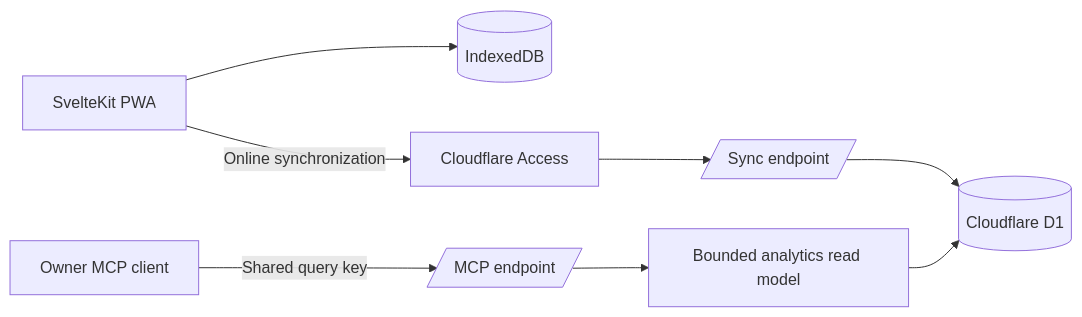
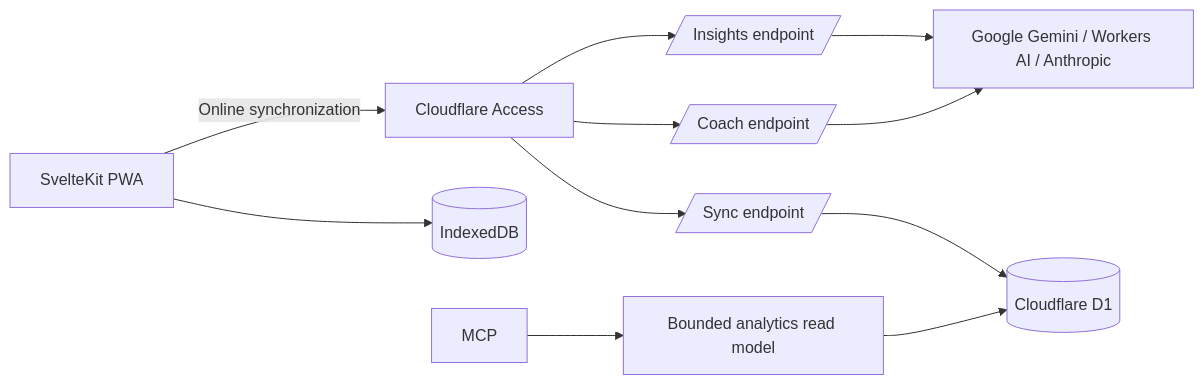
The diagram in README.md (devwaseem/lifeos), drawn with Mermaid before and after one commit. The commit also changed other lines of this file and 37 other files, not shown here.

````diff
--- a/README.md
+++ b/README.md
@@ -22,10 +24,13 @@
 ```mermaid
 flowchart LR
     UI[SvelteKit PWA] --> IDB[(IndexedDB)]
     UI -->|Online synchronization| Access[Cloudflare Access]
     Access --> Sync[/Sync endpoint/]
-    Client[Owner MCP client] -->|Shared query key| MCP[/MCP endpoint/]
+    Access --> Coach[/Coach endpoint/]
+    Access --> Insights[/Insights endpoint/]
+    Coach --> Providers[Google Gemini / Workers AI / Anthropic]
+    Insights --> Providers
     Sync --> D1[(Cloudflare D1)]
     MCP --> ReadModel[Bounded analytics read model]
     ReadModel --> D1
 ```
````
